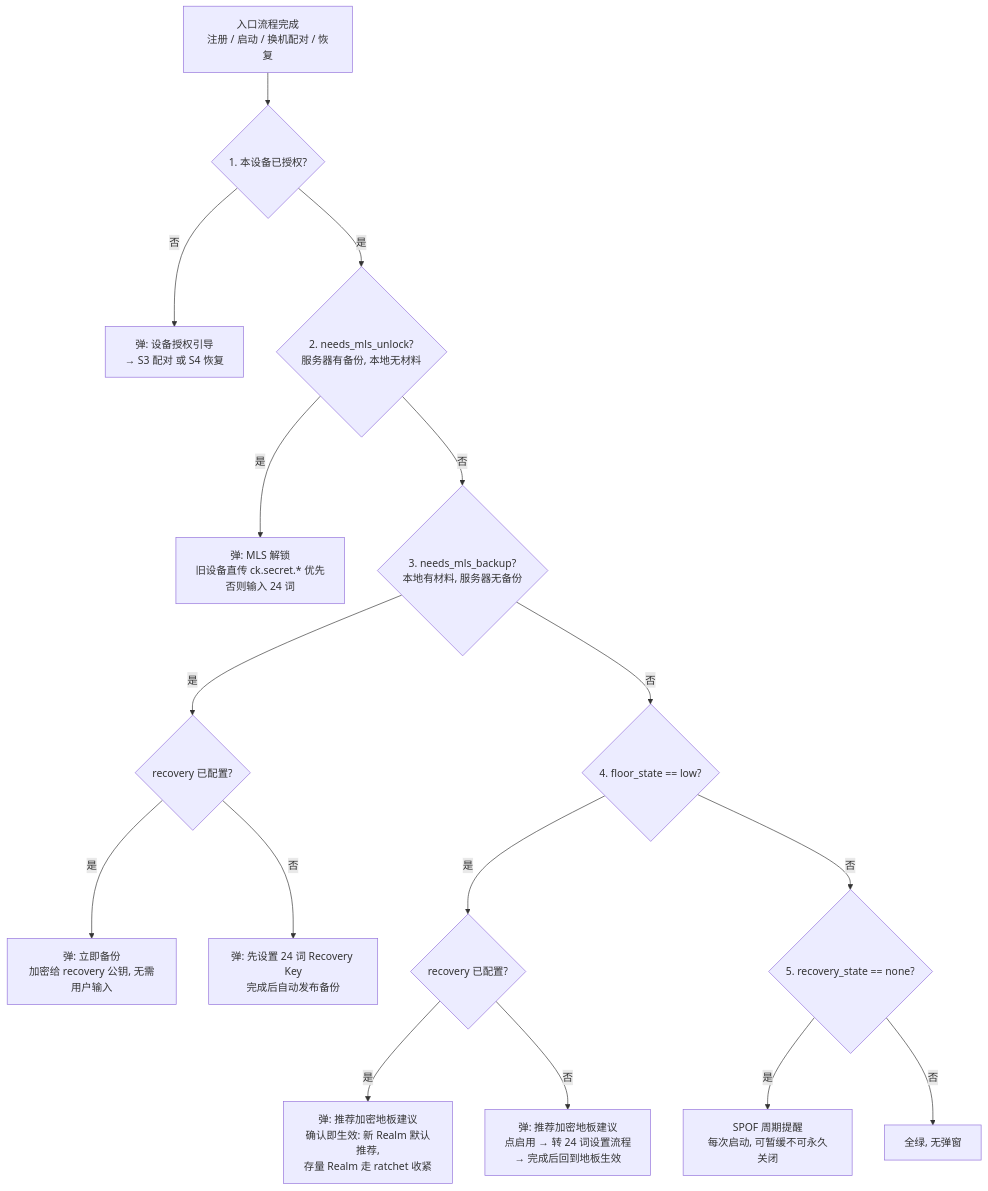
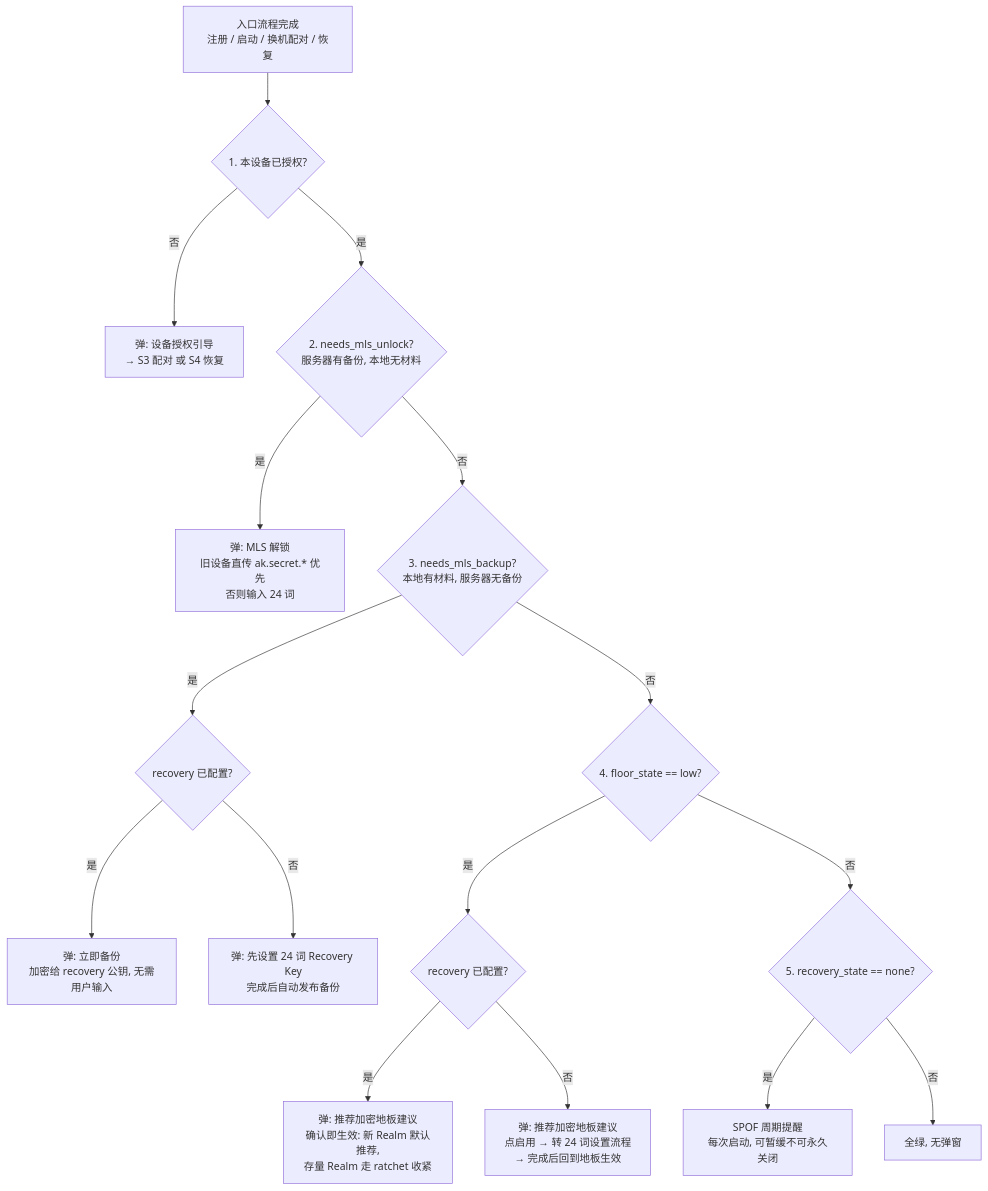
The first of 5 diagrams in docs/user-strands-key-lifecycle.md (arkret-org/inkson), drawn with Mermaid before and after one commit. The commit also changed other lines of this file and 187 other files, not shown here.

````diff
--- a/docs/user-strands-key-lifecycle.md
+++ b/docs/user-strands-key-lifecycle.md
@@ -54,18 +54,18 @@
 ```mermaid
 flowchart TD
     A["入口流程完成<br/>注册 / 启动 / 换机配对 / 恢复"] --> B{"1. 本设备已授权?"}
     B -- 否 --> B1["弹: 设备授权引导<br/>→ S3 配对 或 S4 恢复"]
     B -- 是 --> C{"2. needs_mls_unlock?<br/>服务器有备份, 本地无材料"}
-    C -- 是 --> C1["弹: MLS 解锁<br/>旧设备直传 ck.secret.* 优先<br/>否则输入 24 词"]
+    C -- 是 --> C1["弹: MLS 解锁<br/>旧设备直传 ak.secret.* 优先<br/>否则输入 24 词"]
     C -- 否 --> D{"3. needs_mls_backup?<br/>本地有材料, 服务器无备份"}
     D -- 是 --> D1{"recovery 已配置?"}
     D1 -- 是 --> D2["弹: 立即备份<br/>加密给 recovery 公钥, 无需用户输入"]
     D1 -- 否 --> D3["弹: 先设置 24 词 Recovery Key<br/>完成后自动发布备份"]
     D -- 否 --> E{"4. floor_state == low?"}
     E -- 是 --> E1{"recovery 已配置?"}
     E1 -- 是 --> E2["弹: 推荐加密地板建议<br/>确认即生效: 新 Realm 默认推荐,<br/>存量 Realm 走 ratchet 收紧"]
     E1 -- 否 --> E3["弹: 推荐加密地板建议<br/>点启用 → 转 24 词设置流程<br/>→ 完成后回到地板生效"]
     E -- 否 --> F{"5. recovery_state == none?"}
     F -- 是 --> F1["SPOF 周期提醒<br/>每次启动, 可暂缓不可永久关闭"]
     F -- 否 --> G["全绿, 无弹窗"]
 ```
````
